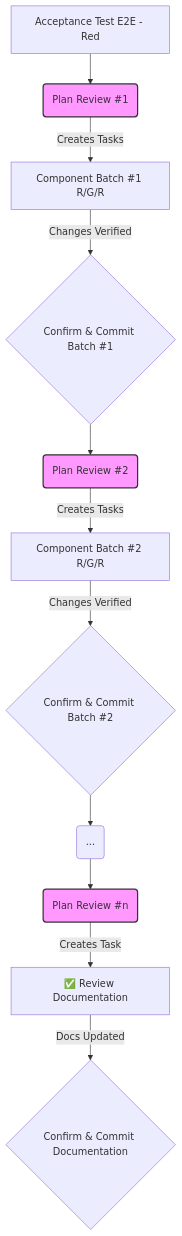
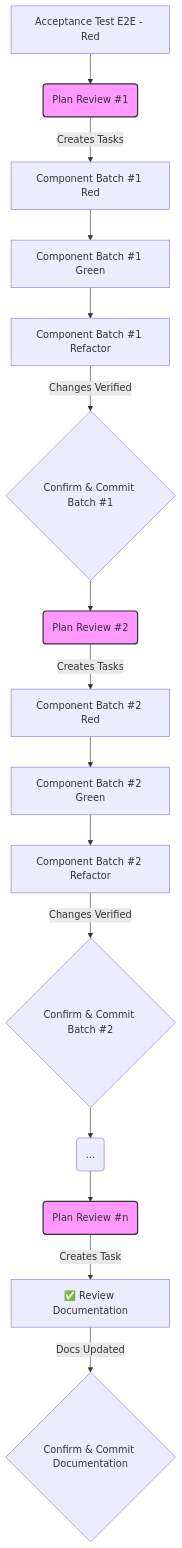
Before and after one commit to smaugho/taskqueue-mcp: the diagram in .cursor/rules/dev_new_use_case.mdc, drawn with Mermaid. The commit also changed other lines of this file and 6 other files, not shown here.

````diff
--- a/.cursor/rules/dev_new_use_case.mdc
+++ b/.cursor/rules/dev_new_use_case.mdc
@@ -7,17 +7,21 @@
 ```mermaid
 flowchart TD
     A[Acceptance Test E2E - Red] --> B(Plan Review #1);
-    B -- Creates Tasks --> C[Component Batch #1 R/G/R];
-    C -- Changes Verified --> C_CommitConfirm{Confirm & Commit Batch #1};
+    B -- Creates Tasks --> C_Red[Component Batch #1 Red];
+    C_Red --> C_Green[Component Batch #1 Green];
+    C_Green --> C_Refactor[Component Batch #1 Refactor];
+    C_Refactor -- Changes Verified --> C_CommitConfirm{Confirm & Commit Batch #1};
     C_CommitConfirm --> D(Plan Review #2);
-    D -- Creates Tasks --> E[Component Batch #2 R/G/R];
-    E -- Changes Verified --> E_CommitConfirm{Confirm & Commit Batch #2};
+    D -- Creates Tasks --> E_Red[Component Batch #2 Red];
+    E_Red --> E_Green[Component Batch #2 Green];
+    E_Green --> E_Refactor[Component Batch #2 Refactor];
+    E_Refactor -- Changes Verified --> E_CommitConfirm{Confirm & Commit Batch #2};
     E_CommitConfirm --> F(...);
     F --> G(Plan Review #n);
     G -- Creates Task --> H[✅ Review Documentation];
     H -- Docs Updated --> H_CommitConfirm{Confirm & Commit Documentation};
 
     style B fill:#f9f,stroke:#333,stroke-width:2px
     style D fill:#f9f,stroke:#333,stroke-width:2px
     style G fill:#f9f,stroke:#333,stroke-width:2px
 ```
````
